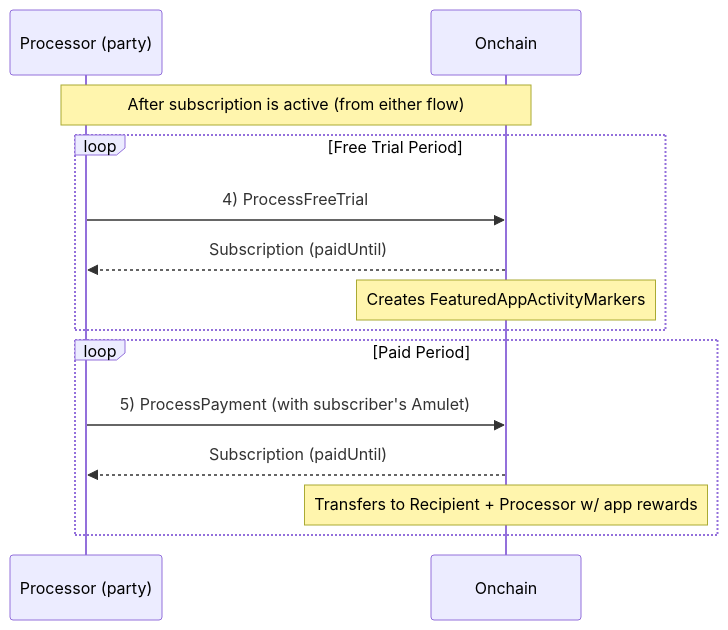
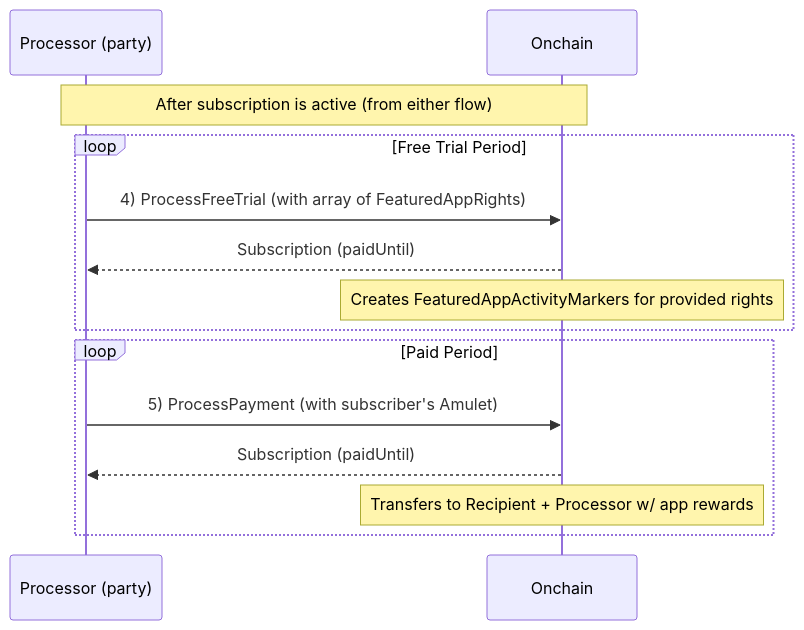
One commit to Fairmint/open-captable-protocol-daml changed the third of 7 diagrams in Subscriptions-v01/README.md. Above: the diagram before and after it, drawn with Mermaid. The commit also changed other lines of this file and 9 other files, not shown here.

````diff
--- a/Subscriptions-v01/README.md
+++ b/Subscriptions-v01/README.md
@@ -87,19 +96,19 @@
 ```mermaid
 sequenceDiagram
     participant P as Processor (party)
     participant O as Onchain
     
     Note over P,O: After subscription is active (from either flow)
     
     loop Free Trial Period
-        P->>O: 4) ProcessFreeTrial
+        P->>O: 4) ProcessFreeTrial (with array of FeaturedAppRights)
         O-->>P: Subscription (paidUntil)
-        Note over O: Creates FeaturedAppActivityMarkers
+        Note over O: Creates FeaturedAppActivityMarkers for provided rights
     end
     
     loop Paid Period
         P->>O: 5) ProcessPayment (with subscriber's Amulet)
         O-->>P: Subscription (paidUntil)
         Note over O: Transfers to Recipient + Processor w/ app rewards
     end
 ```
````
